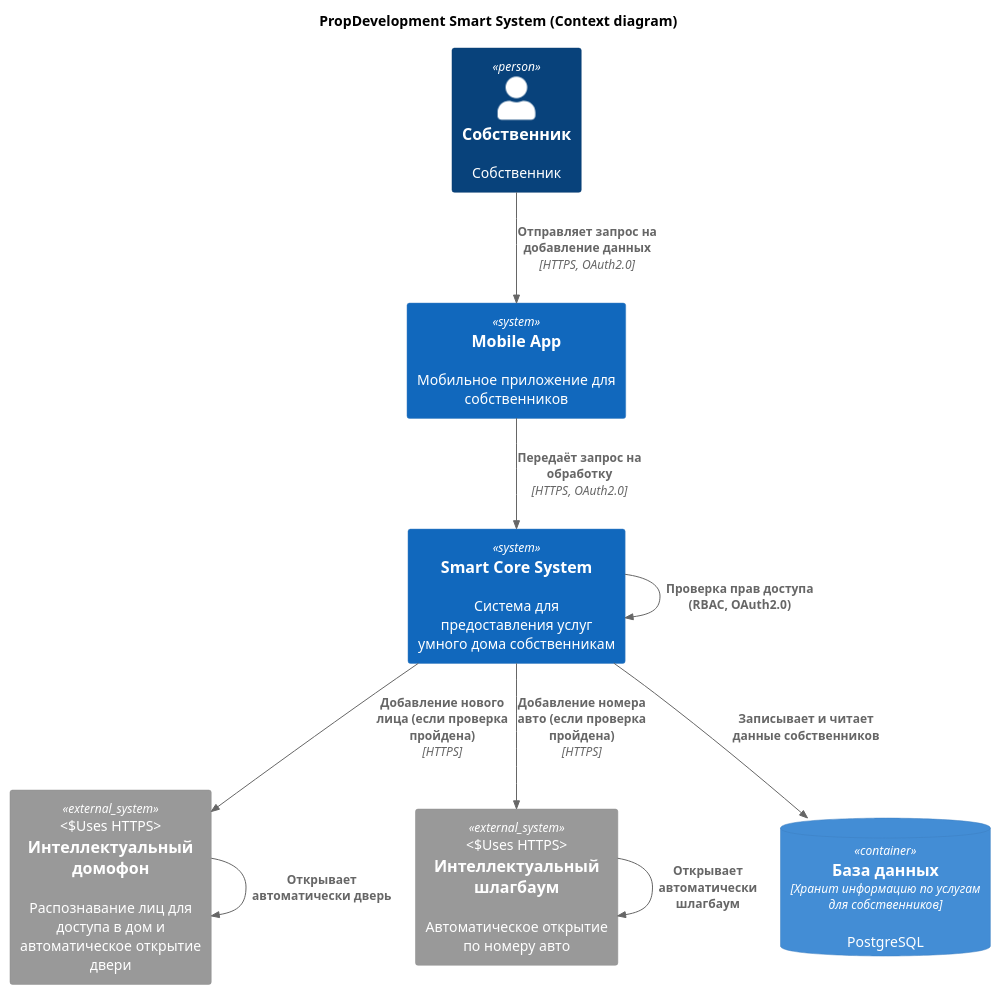
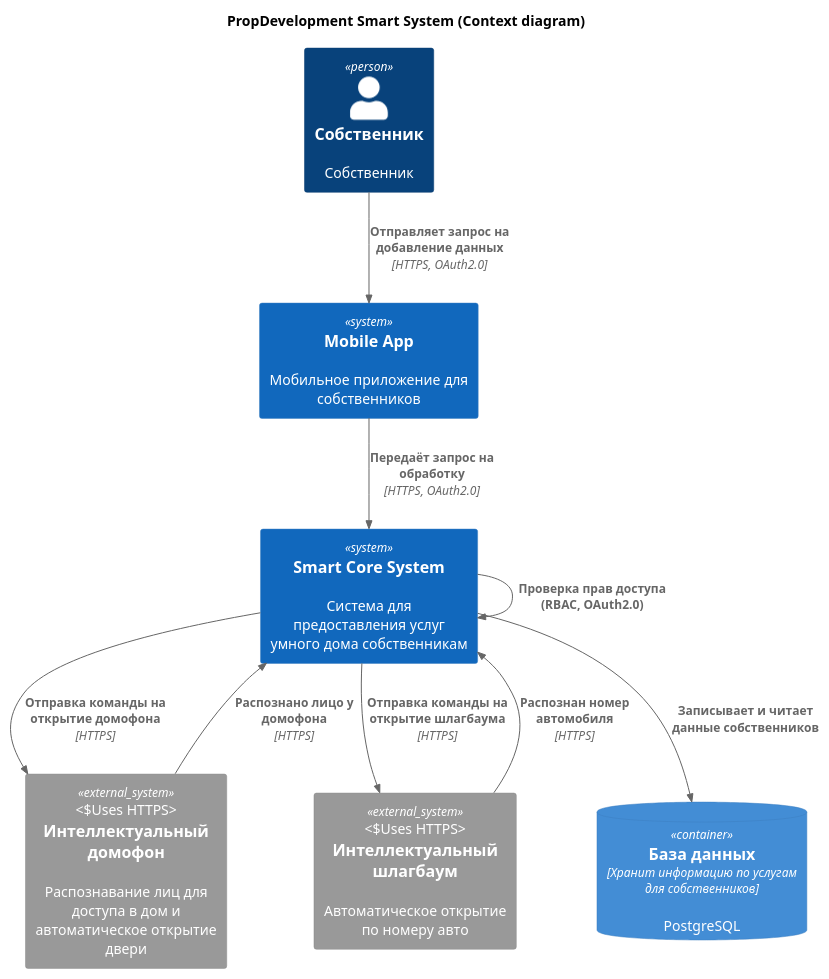
The diagram in Exc3/context.puml (matrosov-nikita/architecture-sprint-7), drawn with PlantUML before and after one commit. The commit also changed 5 other files, not shown here.

```diff
--- a/Exc3/context.puml
+++ b/Exc3/context.puml
@@ -1,27 +1,27 @@
 @startuml
 title PropDevelopment Smart System (Context diagram)
 
 top to bottom direction
 
 !includeurl https://raw.githubusercontent.com/RicardoNiepel/C4-PlantUML/master/C4_Component.puml
 
 Person(user, "Собственник", "Собственник")
 System_Ext(SmartIntercom,  "Интеллектуальный домофон", "Распознавание лиц для доступа в дом и автоматическое открытие двери", "Uses HTTPS")
 System_Ext(SmartBarrier,  "Интеллектуальный шлагбаум", "Автоматическое открытие по номеру авто", "Uses HTTPS")
 ContainerDb(Database, "База данных", "Хранит информацию по услугам для собственников", "PostgreSQL")
 
 System(MobileApp, "Mobile App", "Мобильное приложение для собственников")
 System(SmartCoreSystem, "Smart Core System", "Система для предоставления услуг умного дома собственникам")
 
 Rel(user, MobileApp, "Отправляет запрос на добавление данных", "HTTPS, OAuth2.0")
 Rel(MobileApp, SmartCoreSystem, "Передаёт запрос на обработку", "HTTPS, OAuth2.0")
 
 Rel(SmartCoreSystem, SmartCoreSystem, "Проверка прав доступа (RBAC, OAuth2.0)")
 Rel(SmartCoreSystem, Database, "Записывает и читает данные собственников")
 
-Rel(SmartCoreSystem, SmartIntercom, "Добавление нового лица (если проверка пройдена)", "HTTPS")
-Rel(SmartCoreSystem, SmartBarrier, "Добавление номера авто (если проверка пройдена)", "HTTPS")
+Rel(SmartCoreSystem, SmartIntercom, "Отправка команды на открытие домофона", "HTTPS")
+Rel(SmartCoreSystem, SmartBarrier, "Отправка команды на открытие шлагбаума", "HTTPS")
 
-Rel(SmartIntercom, SmartIntercom, "Открывает автоматически дверь")
-Rel(SmartBarrier, SmartBarrier, "Открывает автоматически шлагбаум")
+Rel(SmartIntercom, SmartCoreSystem, "Распознано лицо у домофона", "HTTPS")
+Rel(SmartBarrier, SmartCoreSystem, "Распознан номер автомобиля", "HTTPS")
 @enduml
```
